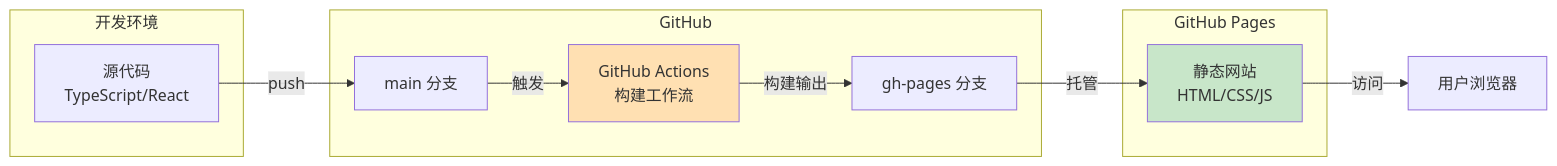
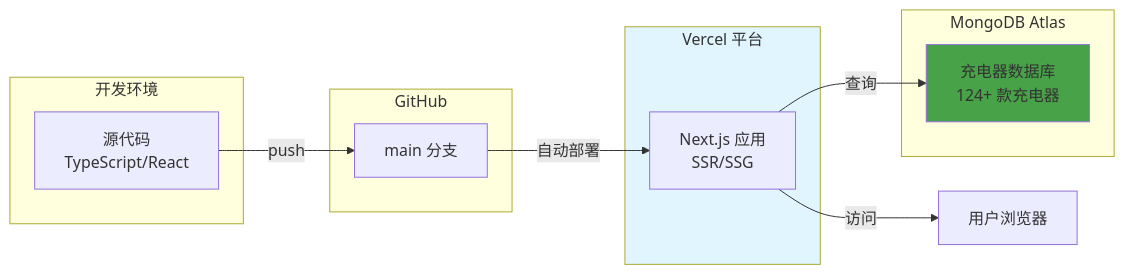
The fourth of 4 diagrams in README.md (melchior-voidwolf/charge-spec), drawn with Mermaid before and after one commit. The commit also changed other lines of this file and 8 other files, not shown here.

````diff
--- a/README.md
+++ b/README.md
@@ -307,25 +389,26 @@
 ```mermaid
 flowchart LR
     subgraph Dev["开发环境"]
         DevCode["源代码<br/>TypeScript/React"]
     end
 
     subgraph GitHub["GitHub"]
         MainBranch["main 分支"]
-        GHActions["GitHub Actions<br/>构建工作流"]
-        GHPagesBranch["gh-pages 分支"]
     end
 
-    subgraph GHPages["GitHub Pages"]
-        StaticSite["静态网站<br/>HTML/CSS/JS"]
+    subgraph Vercel["Vercel 平台"]
+        NextJS["Next.js 应用<br/>SSR/SSG"]
+    end
+
+    subgraph MongoDBAtlas["MongoDB Atlas"]
+        Database["充电器数据库<br/>124+ 款充电器"]
     end
 
     DevCode -->|push| MainBranch
-    MainBranch -->|触发| GHActions
-    GHActions -->|构建输出| GHPagesBranch
-    GHPagesBranch -->|托管| StaticSite
-    StaticSite -->|访问| Users["用户浏览器"]
+    MainBranch -->|自动部署| NextJS
+    NextJS -->|查询| Database
+    NextJS -->|访问| Users["用户浏览器"]
 
-    style GHActions fill:#ffe0b2
-    style StaticSite fill:#c8e6c9
+    style Vercel fill:#e1f5fe
+    style Database fill:#47A248
 ```
````
